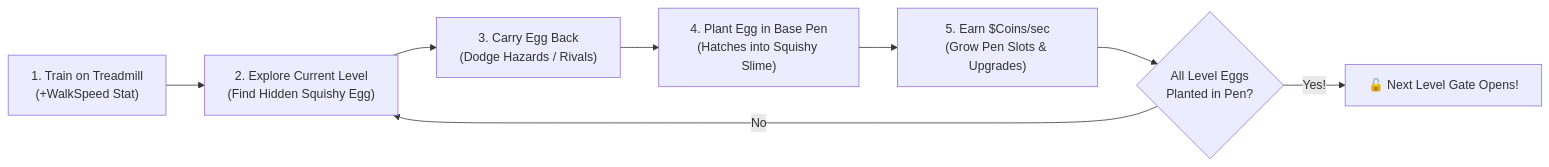
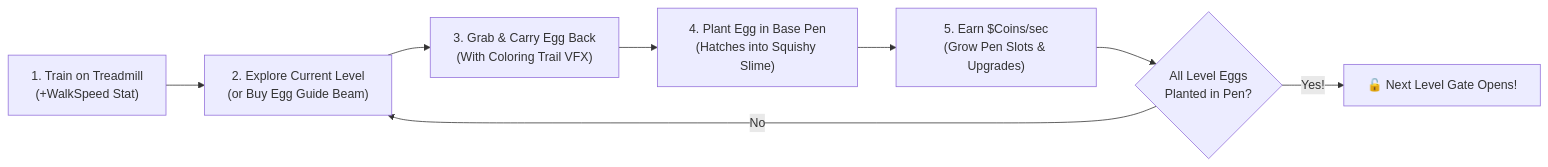
One commit to Stoic-EmpireLabs/find-a-squishy-roblox changed the diagram in docs/superpowers/specs/2026-10-17-find-a-squishy-design.md. Above: the diagram before and after it, drawn with Mermaid. The commit also changed other lines of this file and 1 other file, not shown here.

````diff
--- a/docs/superpowers/specs/2026-10-17-find-a-squishy-design.md
+++ b/docs/superpowers/specs/2026-10-17-find-a-squishy-design.md
@@ -21,10 +25,10 @@
 ```mermaid
 flowchart LR
-    A["1. Train on Treadmill\n(+WalkSpeed Stat)"] --> B["2. Explore Current Level\n(Find Hidden Squishy Egg)"]
-    B --> C["3. Carry Egg Back\n(Dodge Hazards / Rivals)"]
+    A["1. Train on Treadmill\n(+WalkSpeed Stat)"] --> B["2. Explore Current Level\n(or Buy Egg Guide Beam)"]
+    B --> C["3. Grab & Carry Egg Back\n(With Coloring Trail VFX)"]
     C --> D["4. Plant Egg in Base Pen\n(Hatches into Squishy Slime)"]
     D --> E["5. Earn $Coins/sec\n(Grow Pen Slots & Upgrades)"]
     E --> F{"All Level Eggs\nPlanted in Pen?"}
     F -- "No" --> B
     F -- "Yes!" --> G["🔓 Next Level Gate Opens!"]
 ```
````
